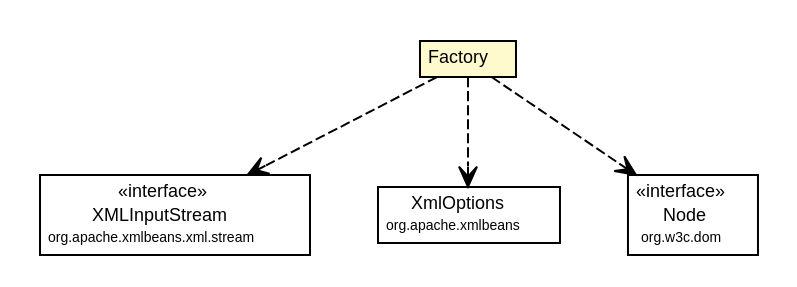
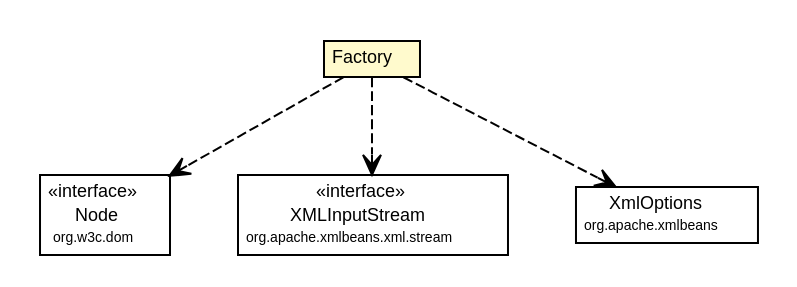
The diagram in site/apidocs/org/synchronoss/cpo/util/cpoUtilConfig/CtRecentFiles.Factory.dot (synchronoss/cpo-util), drawn with Graphviz before and after one commit. The commit also changed 298 other files, not shown here.

Commit message:
Creating site for cpoUtil, 5.1.1-SNAPSHOT

```diff
--- a/site/apidocs/org/synchronoss/cpo/util/cpoUtilConfig/CtRecentFiles.Factory.dot
+++ b/site/apidocs/org/synchronoss/cpo/util/cpoUtilConfig/CtRecentFiles.Factory.dot
@@ -1,45 +1,45 @@
 #!/usr/local/bin/dot
 #
 # Class diagram 
 # Generated by UmlGraph version 4.6 (http://www.spinellis.gr/sw/umlgraph)
 #
 
 digraph G {
 	edge [fontname="Helvetica",fontsize=10,labelfontname="Helvetica",labelfontsize=10];
 	node [fontname="Helvetica",fontsize=10,shape=plaintext];
 	// org.synchronoss.cpo.util.cpoUtilConfig.CtRecentFiles.Factory
 	c5445 [label=<<table border="0" cellborder="1" cellspacing="0" cellpadding="2" port="p" bgcolor="lemonChiffon" href="./CtRecentFiles.Factory.html">
 		<tr><td><table border="0" cellspacing="0" cellpadding="1">
 			<tr><td> Factory </td></tr>
 		</table></td></tr>
 		</table>>, fontname="Helvetica", fontcolor="black", fontsize=9.0];
+	// org.synchronoss.cpo.util.cpoUtilConfig.CtRecentFiles.Factory DEPEND org.w3c.dom.Node
+	c5445:p -> c5452:p [taillabel="", label="", headlabel="", fontname="Helvetica", fontcolor="black", fontsize=10.0, color="black", arrowhead=open, style=dashed];
 	// org.synchronoss.cpo.util.cpoUtilConfig.CtRecentFiles.Factory DEPEND org.apache.xmlbeans.xml.stream.XMLInputStream
-	c5445:p -> c5452:p [taillabel="", label="", headlabel="", fontname="Helvetica", fontcolor="black", fontsize=10.0, color="black", arrowhead=open, style=dashed];
+	c5445:p -> c5453:p [taillabel="", label="", headlabel="", fontname="Helvetica", fontcolor="black", fontsize=10.0, color="black", arrowhead=open, style=dashed];
 	// org.synchronoss.cpo.util.cpoUtilConfig.CtRecentFiles.Factory DEPEND org.apache.xmlbeans.XmlOptions
-	c5445:p -> c5453:p [taillabel="", label="", headlabel="", fontname="Helvetica", fontcolor="black", fontsize=10.0, color="black", arrowhead=open, style=dashed];
-	// org.synchronoss.cpo.util.cpoUtilConfig.CtRecentFiles.Factory DEPEND org.w3c.dom.Node
 	c5445:p -> c5454:p [taillabel="", label="", headlabel="", fontname="Helvetica", fontcolor="black", fontsize=10.0, color="black", arrowhead=open, style=dashed];
 	// org.apache.xmlbeans.xml.stream.XMLInputStream
-	c5452 [label=<<table border="0" cellborder="1" cellspacing="0" cellpadding="2" port="p" href="http://java.sun.com/j2se/1.4.2/docs/api/org/apache/xmlbeans/xml/stream/XMLInputStream.html">
+	c5453 [label=<<table border="0" cellborder="1" cellspacing="0" cellpadding="2" port="p" href="http://java.sun.com/j2se/1.4.2/docs/api/org/apache/xmlbeans/xml/stream/XMLInputStream.html">
 		<tr><td><table border="0" cellspacing="0" cellpadding="1">
 			<tr><td> &laquo;interface&raquo; </td></tr>
 			<tr><td> XMLInputStream </td></tr>
 			<tr><td><font point-size="7.0"> org.apache.xmlbeans.xml.stream </font></td></tr>
 		</table></td></tr>
 		</table>>, fontname="Helvetica", fontcolor="black", fontsize=9.0];
 	// org.w3c.dom.Node
-	c5454 [label=<<table border="0" cellborder="1" cellspacing="0" cellpadding="2" port="p" href="http://java.sun.com/j2se/1.4.2/docs/api/org/w3c/dom/Node.html">
+	c5452 [label=<<table border="0" cellborder="1" cellspacing="0" cellpadding="2" port="p" href="http://java.sun.com/j2se/1.4.2/docs/api/org/w3c/dom/Node.html">
 		<tr><td><table border="0" cellspacing="0" cellpadding="1">
 			<tr><td> &laquo;interface&raquo; </td></tr>
 			<tr><td> Node </td></tr>
 			<tr><td><font point-size="7.0"> org.w3c.dom </font></td></tr>
 		</table></td></tr>
 		</table>>, fontname="Helvetica", fontcolor="black", fontsize=9.0];
 	// org.apache.xmlbeans.XmlOptions
-	c5453 [label=<<table border="0" cellborder="1" cellspacing="0" cellpadding="2" port="p" href="http://java.sun.com/j2se/1.4.2/docs/api/org/apache/xmlbeans/XmlOptions.html">
+	c5454 [label=<<table border="0" cellborder="1" cellspacing="0" cellpadding="2" port="p" href="http://java.sun.com/j2se/1.4.2/docs/api/org/apache/xmlbeans/XmlOptions.html">
 		<tr><td><table border="0" cellspacing="0" cellpadding="1">
 			<tr><td> XmlOptions </td></tr>
 			<tr><td><font point-size="7.0"> org.apache.xmlbeans </font></td></tr>
 		</table></td></tr>
 		</table>>, fontname="Helvetica", fontcolor="black", fontsize=9.0];
 }
```
